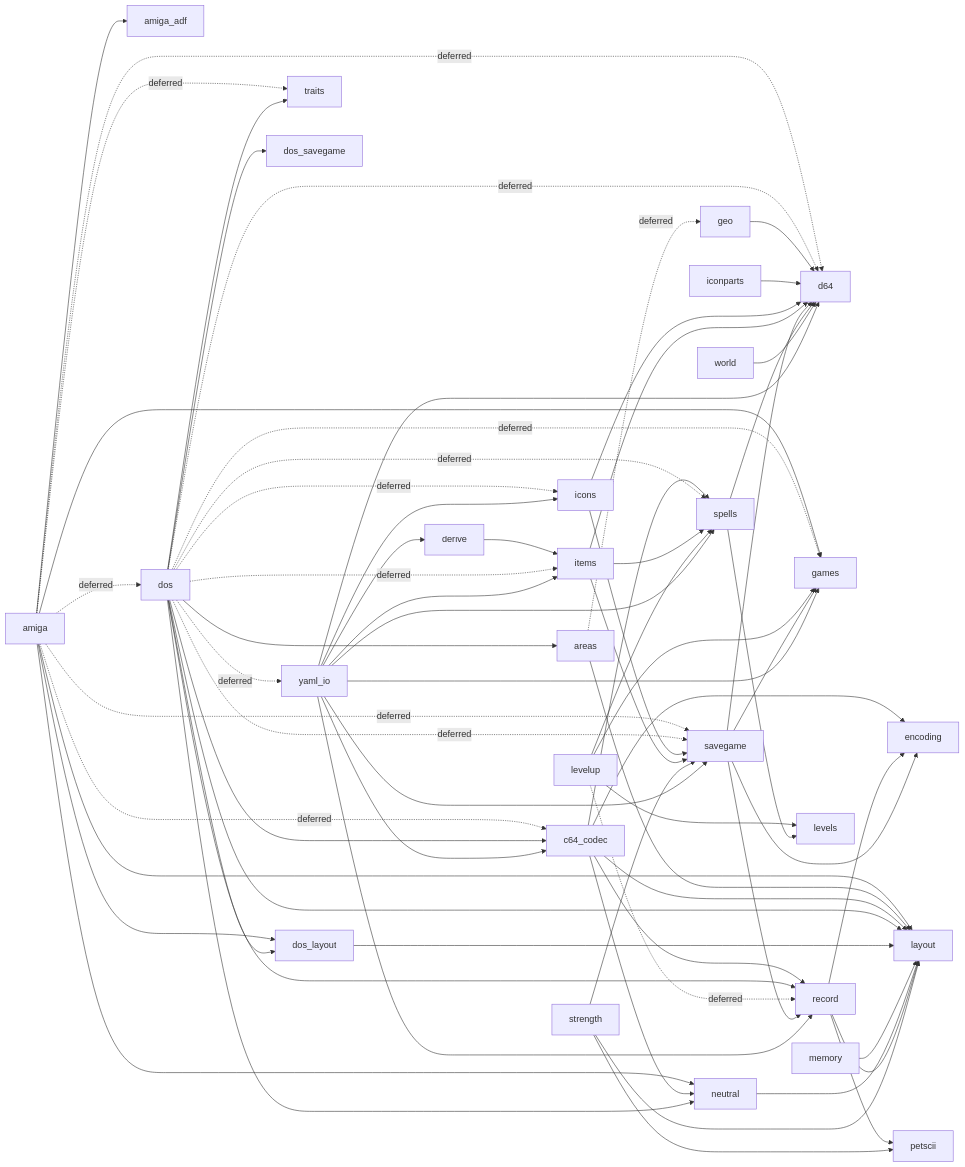
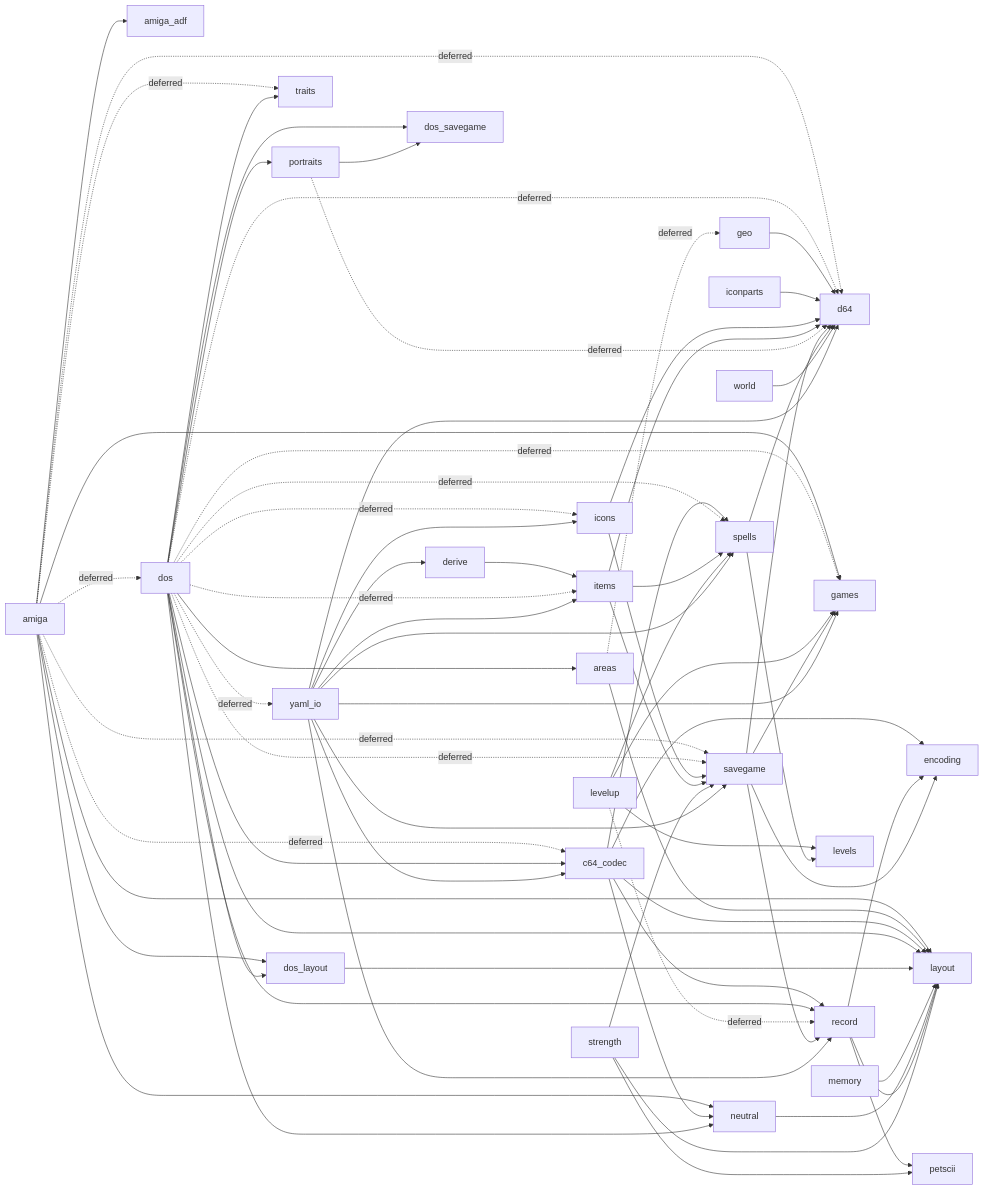
The fourth of 4 diagrams in docs/117-save-conversion.md (malcyon/wish), drawn with Mermaid before and after one commit. The commit also changed other lines of this file and 8 other files, not shown here.

````diff
--- a/docs/117-save-conversion.md
+++ b/docs/117-save-conversion.md
@@ -1530,72 +1530,75 @@
 ```mermaid
 graph LR
   amiga --> amiga_adf
   amiga -.->|deferred| c64_codec
   amiga -.->|deferred| d64
   amiga -.->|deferred| dos
   amiga --> dos_layout
   amiga --> games
   amiga --> layout
   amiga --> neutral
   amiga -.->|deferred| savegame
   amiga -.->|deferred| traits
   areas -.->|deferred| geo
   areas --> layout
   c64_codec --> encoding
   c64_codec --> layout
   c64_codec --> neutral
   c64_codec --> record
   c64_codec --> spells
   derive --> items
   dos --> areas
   dos --> c64_codec
   dos -.->|deferred| d64
   dos --> dos_layout
   dos --> dos_savegame
   dos -.->|deferred| games
   dos -.->|deferred| icons
   dos -.->|deferred| items
   dos --> layout
   dos --> neutral
+  dos --> portraits
   dos --> record
   dos -.->|deferred| savegame
   dos -.->|deferred| spells
   dos --> traits
   dos -.->|deferred| yaml_io
   dos_layout --> layout
   geo --> d64
   iconparts --> d64
   icons --> d64
   icons --> savegame
   items --> d64
   items --> savegame
   items --> spells
   levelup --> games
   levelup --> levels
   levelup -.->|deferred| record
   levelup --> spells
   memory --> layout
   neutral --> layout
+  portraits -.->|deferred| d64
+  portraits --> dos_savegame
   record --> encoding
   record --> layout
   record --> petscii
   savegame --> d64
   savegame --> encoding
   savegame --> games
   savegame --> record
   spells --> d64
   spells --> levels
   strength --> layout
   strength --> petscii
   strength --> savegame
   world --> d64
   yaml_io --> c64_codec
   yaml_io --> d64
   yaml_io --> derive
   yaml_io --> games
   yaml_io --> icons
   yaml_io --> items
   yaml_io --> record
   yaml_io --> savegame
   yaml_io --> spells
 ```
````
